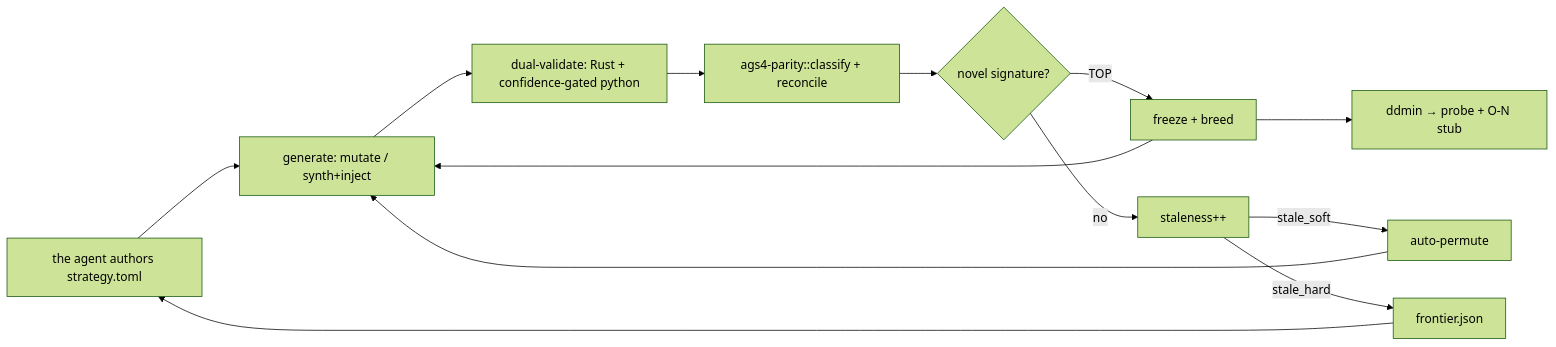
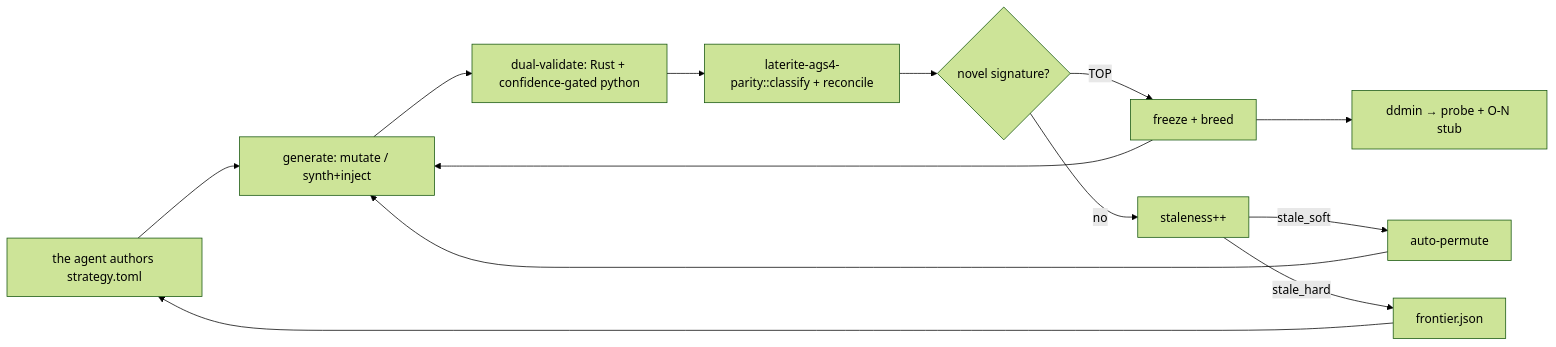
The diagram in ags-wiki/concepts/evolutionary-dogfooding.md (niko86/laterite), drawn with Mermaid (forest theme) before and after one commit. The commit also changed other lines of this file and 43 other files, not shown here.

First line of the commit message:
docs(wiki): sync tool-crate pages to the laterite-ags4-* rename

````diff
--- a/ags-wiki/concepts/evolutionary-dogfooding.md
+++ b/ags-wiki/concepts/evolutionary-dogfooding.md
@@ -44,13 +44,13 @@
 ```mermaid
 flowchart LR
   strat[the agent authors strategy.toml] --> gen[generate: mutate / synth+inject]
   gen --> dv[dual-validate: Rust + confidence-gated python]
-  dv --> cl[ags4-parity::classify + reconcile]
+  dv --> cl[laterite-ags4-parity::classify + reconcile]
   cl --> fit{novel signature?}
   fit -->|TOP| breed[freeze + breed]
   fit -->|no| stale[staleness++]
   breed --> gen
   stale -->|stale_soft| permute[auto-permute] --> gen
   stale -->|stale_hard| front[frontier.json] --> strat
   breed --> min[ddmin → probe + O-N stub]
 ```
````
